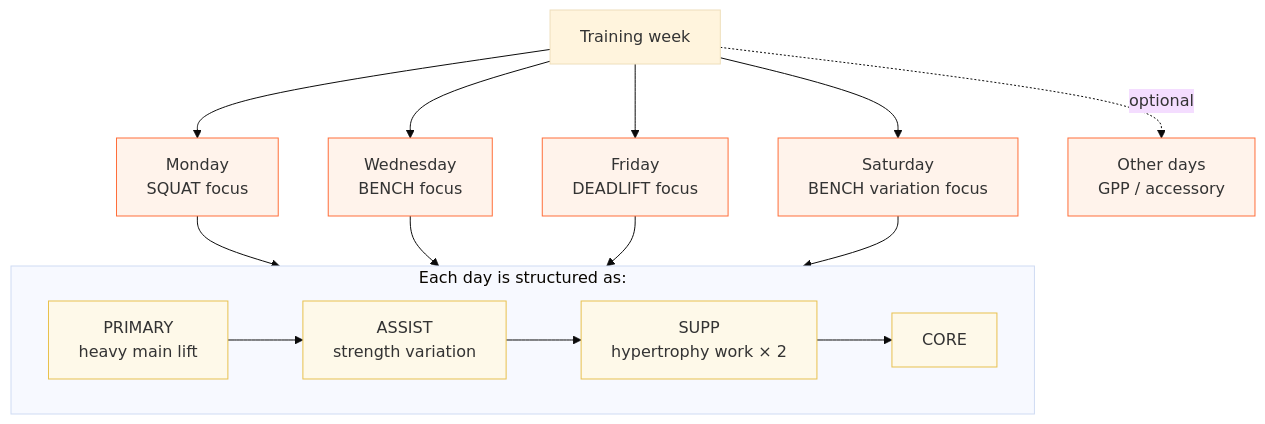
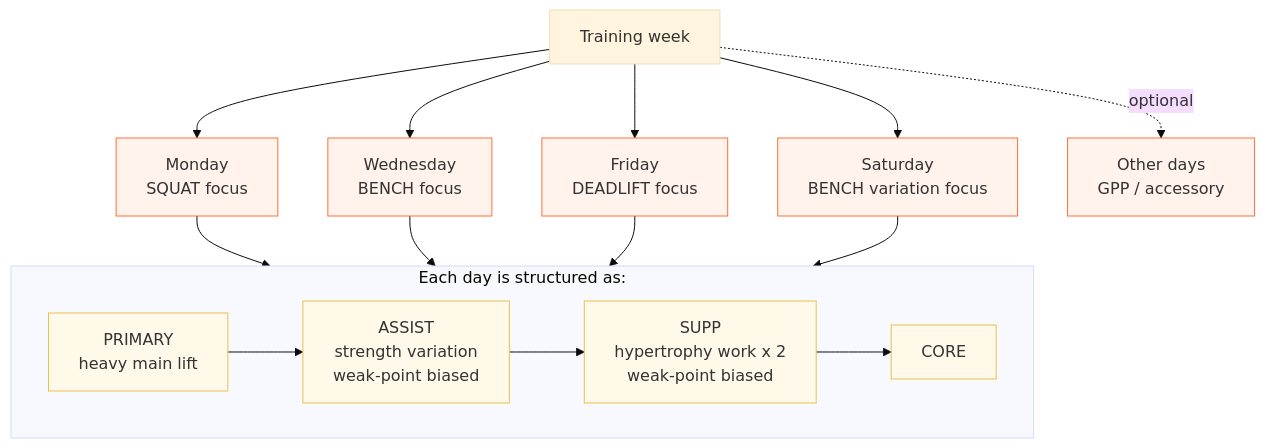
Before and after one commit to taylorelley/tensile: the fourth of 8 diagrams in docs/program-generation.md, drawn with Mermaid (base theme). The commit also changed other lines of this file, not shown here.

````diff
--- a/docs/program-generation.md
+++ b/docs/program-generation.md
@@ -150,28 +171,28 @@
 ```mermaid
 flowchart TD
   Wk[Training week]
   Wk --> Mon[Monday<br/>SQUAT focus]
   Wk --> Wed[Wednesday<br/>BENCH focus]
   Wk --> Fri[Friday<br/>DEADLIFT focus]
   Wk --> Sat[Saturday<br/>BENCH variation focus]
   Wk -.optional.-> Other[Other days<br/>GPP / accessory]
 
   subgraph DayStructure[Each day is structured as:]
     direction LR
     PRI[PRIMARY<br/>heavy main lift]
-    ASS[ASSIST<br/>strength variation]
-    SUP[SUPP<br/>hypertrophy work × 2]
+    ASS[ASSIST<br/>strength variation<br/>weak-point biased]
+    SUP[SUPP<br/>hypertrophy work x 2<br/>weak-point biased]
     COR[CORE]
     PRI --> ASS --> SUP --> COR
   end
 
   Mon --> DayStructure
   Wed --> DayStructure
   Fri --> DayStructure
   Sat --> DayStructure
 
   classDef day fill:#fff3eb,stroke:#ff6e3a,color:#333;
   classDef tag fill:#fef9e9,stroke:#e8c14e,color:#333;
   class Mon,Wed,Fri,Sat,Other day;
   class PRI,ASS,SUP,COR tag;
 ```
````
